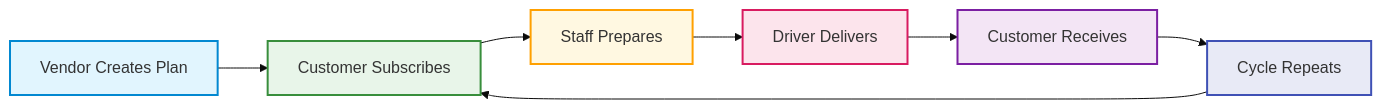
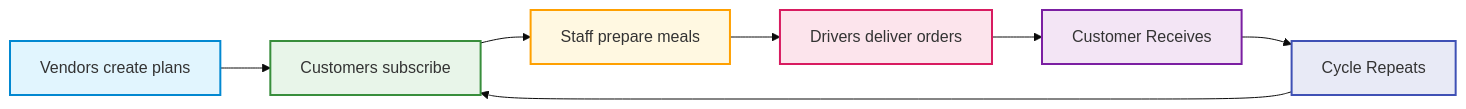
Before and after one commit to shrey258/Subscart.md: the ninth of 10 diagrams in Subscart.md, drawn with Mermaid. The commit also changed other lines of this file and 6 other files, not shown here.

````diff
--- a/Subscart.md
+++ b/Subscart.md
@@ -815,17 +816,17 @@
 ```mermaid
 %%{init: {'theme': 'base', 'themeVariables': { 'primaryColor': '#e1f5fe', 'primaryBorderColor': '#0288d1', 'secondaryColor': '#f3e5f5', 'secondaryBorderColor': '#7b1fa2'}}}%%
 graph LR
-    A[Vendor Creates Plan] --> B[Customer Subscribes]
-    B --> C[Staff Prepares]
-    C --> D[Driver Delivers]
+    A[Vendors create plans] --> B[Customers subscribe]
+    B --> C[Staff prepare meals]
+    C --> D[Drivers deliver orders]
     D --> E[Customer Receives]
     E --> F[Cycle Repeats]
     F --> B
     
     style A fill:#e1f5fe,stroke:#0288d1,stroke-width:2px
     style B fill:#e8f5e9,stroke:#388e3c,stroke-width:2px
     style C fill:#fff8e1,stroke:#ffa000,stroke-width:2px
     style D fill:#fce4ec,stroke:#d81b60,stroke-width:2px
     style E fill:#f3e5f5,stroke:#7b1fa2,stroke-width:2px
     style F fill:#e8eaf6,stroke:#3f51b5,stroke-width:2px
 ```
````
